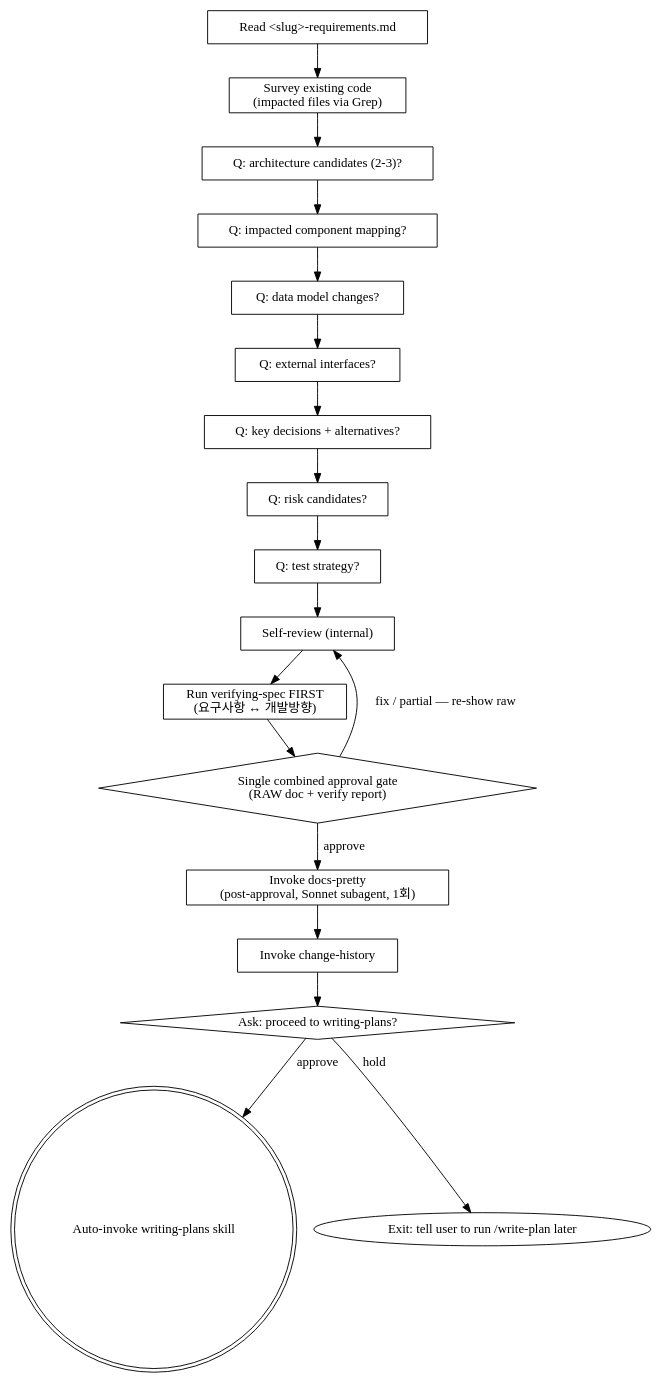
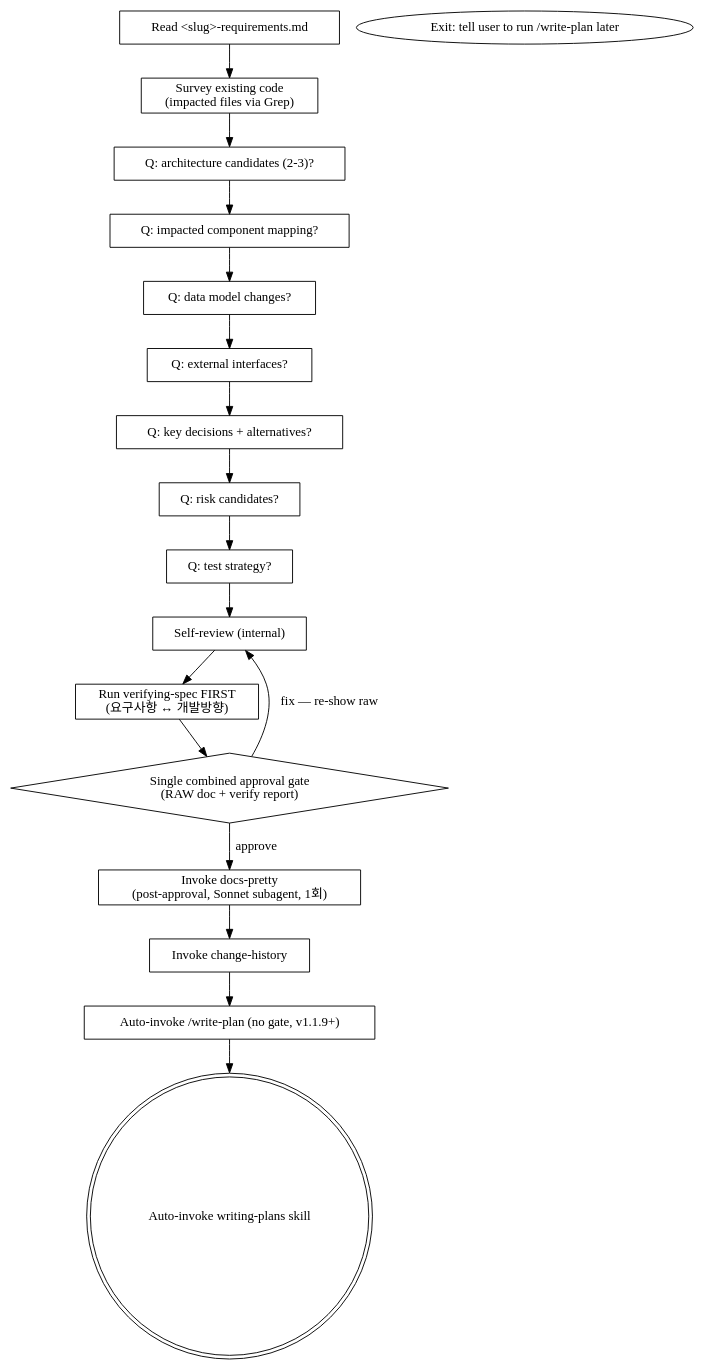
The diagram in skills/designing-direction/SKILL.md (deokjinlog/intent-locked-workflow), drawn with Graphviz before and after one commit. The commit also changed other lines of this file and 10 other files, not shown here.

First line of the commit message:
feat(v1.1.9): gate rationalization — drop partial choice + auto-approve gates #9/#12

````diff
--- a/skills/designing-direction/SKILL.md
+++ b/skills/designing-direction/SKILL.md
@@ -60,39 +60,38 @@
 ```dot
 digraph design_flow {
     "Read <slug>-requirements.md" [shape=box];
     "Survey existing code\n(impacted files via Grep)" [shape=box];
     "Q: architecture candidates (2-3)?" [shape=box];
     "Q: impacted component mapping?" [shape=box];
     "Q: data model changes?" [shape=box];
     "Q: external interfaces?" [shape=box];
     "Q: key decisions + alternatives?" [shape=box];
     "Q: risk candidates?" [shape=box];
     "Q: test strategy?" [shape=box];
     "Self-review (internal)" [shape=box];
     "Run verifying-spec FIRST\n(요구사항 ↔ 개발방향)" [shape=box];
     "Single combined approval gate\n(RAW doc + verify report)" [shape=diamond];
     "Invoke docs-pretty\n(post-approval, Sonnet subagent, 1회)" [shape=box];
     "Invoke change-history" [shape=box];
-    "Ask: proceed to writing-plans?" [shape=diamond];
+    "Auto-invoke /write-plan (no gate, v1.1.9+)" [shape=box];
     "Auto-invoke writing-plans skill" [shape=doublecircle];
     "Exit: tell user to run /write-plan later" [shape=oval];
 
     "Read <slug>-requirements.md" -> "Survey existing code\n(impacted files via Grep)";
     "Survey existing code\n(impacted files via Grep)" -> "Q: architecture candidates (2-3)?";
     "Q: architecture candidates (2-3)?" -> "Q: impacted component mapping?";
     "Q: impacted component mapping?" -> "Q: data model changes?";
     "Q: data model changes?" -> "Q: external interfaces?";
     "Q: external interfaces?" -> "Q: key decisions + alternatives?";
     "Q: key decisions + alternatives?" -> "Q: risk candidates?";
     "Q: risk candidates?" -> "Q: test strategy?";
     "Q: test strategy?" -> "Self-review (internal)";
     "Self-review (internal)" -> "Run verifying-spec FIRST\n(요구사항 ↔ 개발방향)";
     "Run verifying-spec FIRST\n(요구사항 ↔ 개발방향)" -> "Single combined approval gate\n(RAW doc + verify report)";
-    "Single combined approval gate\n(RAW doc + verify report)" -> "Self-review (internal)" [label="fix / partial — re-show raw"];
+    "Single combined approval gate\n(RAW doc + verify report)" -> "Self-review (internal)" [label="fix — re-show raw"];
     "Single combined approval gate\n(RAW doc + verify report)" -> "Invoke docs-pretty\n(post-approval, Sonnet subagent, 1회)" [label="approve"];
     "Invoke docs-pretty\n(post-approval, Sonnet subagent, 1회)" -> "Invoke change-history";
-    "Invoke change-history" -> "Ask: proceed to writing-plans?";
-    "Ask: proceed to writing-plans?" -> "Auto-invoke writing-plans skill" [label="approve"];
-    "Ask: proceed to writing-plans?" -> "Exit: tell user to run /write-plan later" [label="hold"];
+    "Invoke change-history" -> "Auto-invoke /write-plan (no gate, v1.1.9+)";
+    "Auto-invoke /write-plan (no gate, v1.1.9+)" -> "Auto-invoke writing-plans skill";
 }
 ```
````
